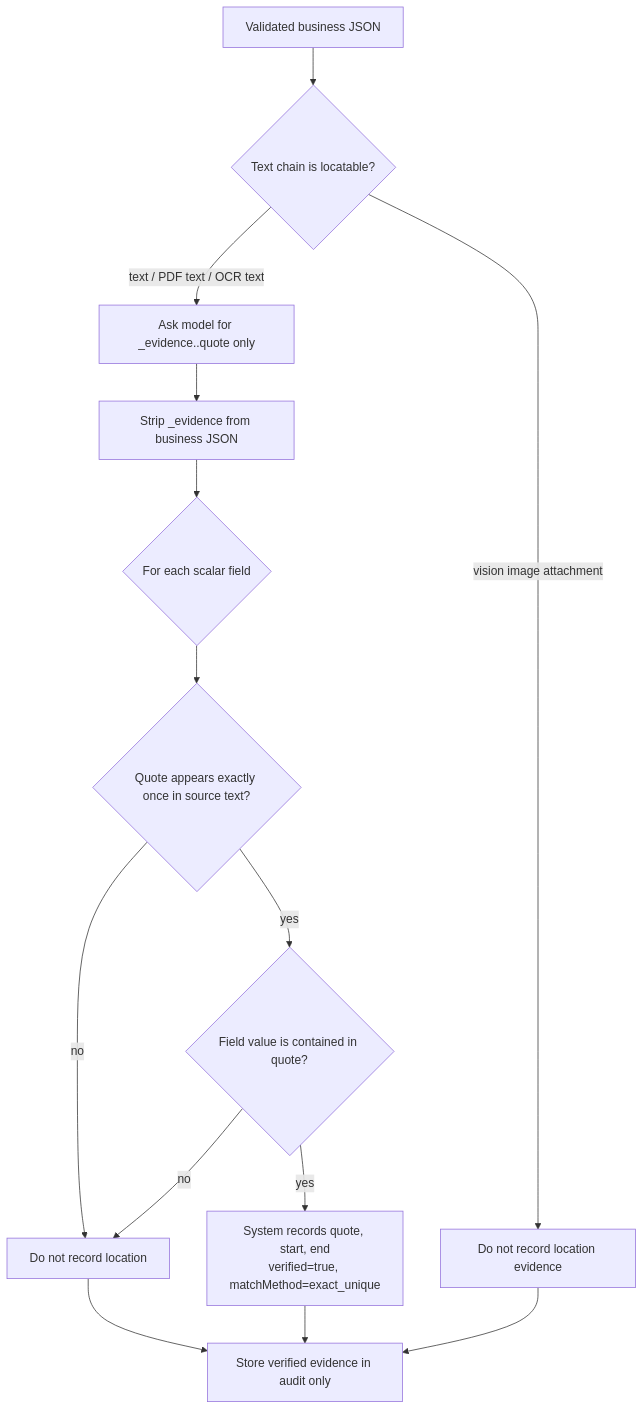
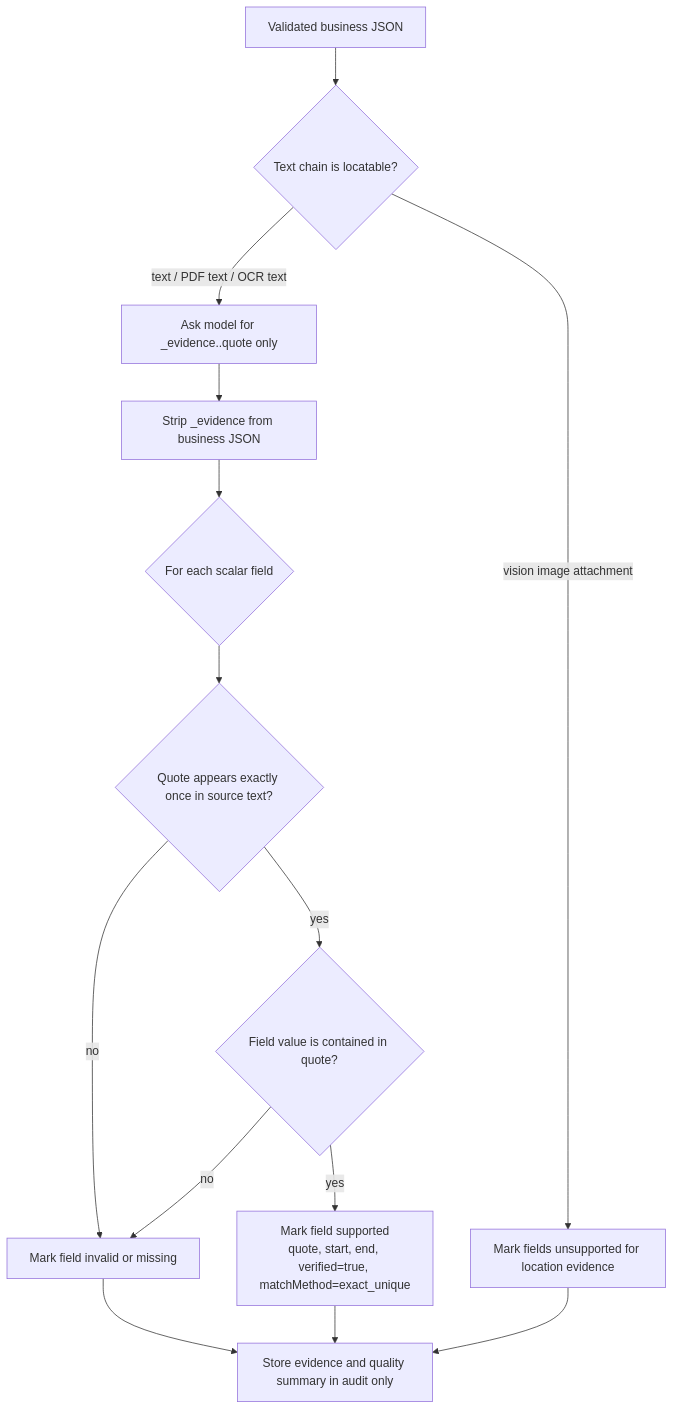
One commit to OSpoon/aiex-cli changed the sixth of 7 diagrams in docs/flow-chart.md. Above: the diagram before and after it, drawn with Mermaid. The commit also changed other lines of this file and 29 other files, not shown here.

````diff
--- a/docs/flow-chart.md
+++ b/docs/flow-chart.md
@@ -134,19 +136,19 @@
 ```mermaid
 flowchart TD
   E0["Validated business JSON"] --> E1{"Text chain is locatable?"}
 
   E1 -->|"text / PDF text / OCR text"| E2["Ask model for _evidence.<field>.quote only"]
-  E1 -->|"vision image attachment"| N1["Do not record location evidence"]
+  E1 -->|"vision image attachment"| N1["Mark fields unsupported for location evidence"]
 
   E2 --> E3["Strip _evidence from business JSON"]
   E3 --> E4{"For each scalar field"}
   E4 --> E5{"Quote appears exactly once in source text?"}
-  E5 -->|"no"| N2["Do not record location"]
+  E5 -->|"no"| N2["Mark field invalid or missing"]
   E5 -->|"yes"| E6{"Field value is contained in quote?"}
   E6 -->|"no"| N2
-  E6 -->|"yes"| E7["System records quote, start, end\nverified=true, matchMethod=exact_unique"]
+  E6 -->|"yes"| E7["Mark field supported\nquote, start, end, verified=true, matchMethod=exact_unique"]
 
-  E7 --> A1["Store verified evidence in audit only"]
+  E7 --> A1["Store evidence and quality summary in audit only"]
   N1 --> A1
   N2 --> A1
 ```
````
